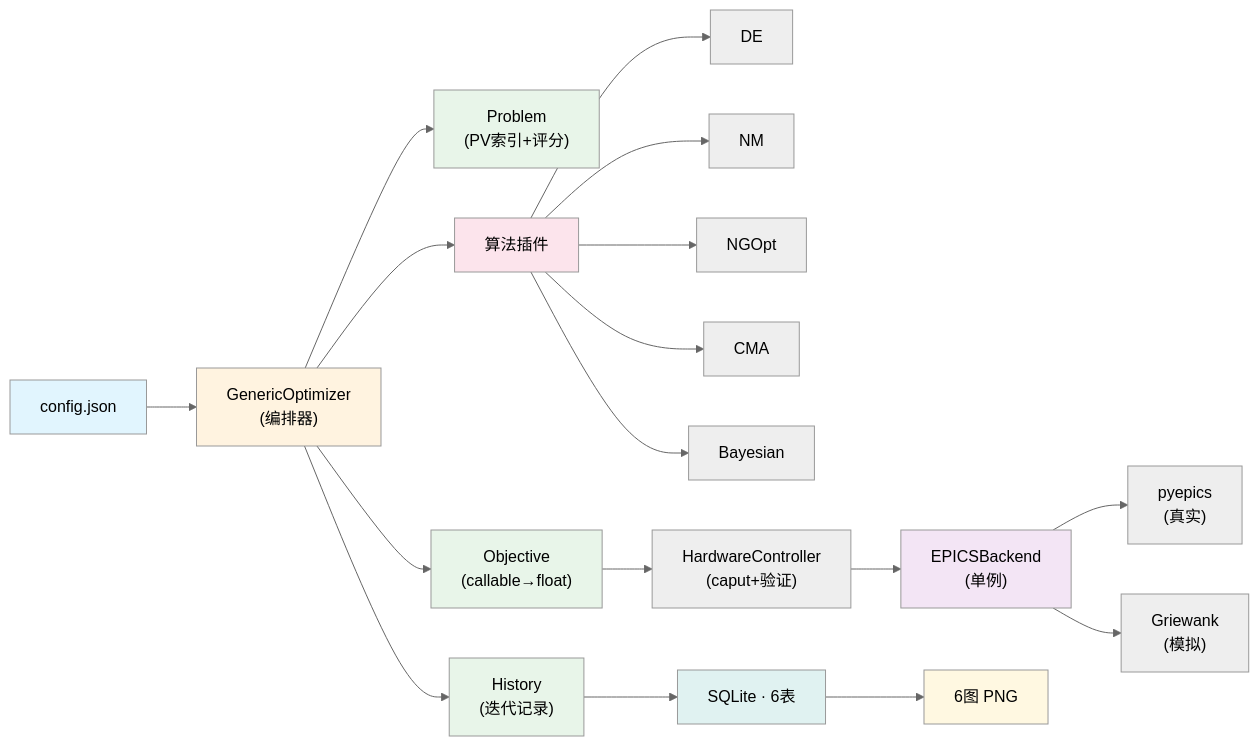
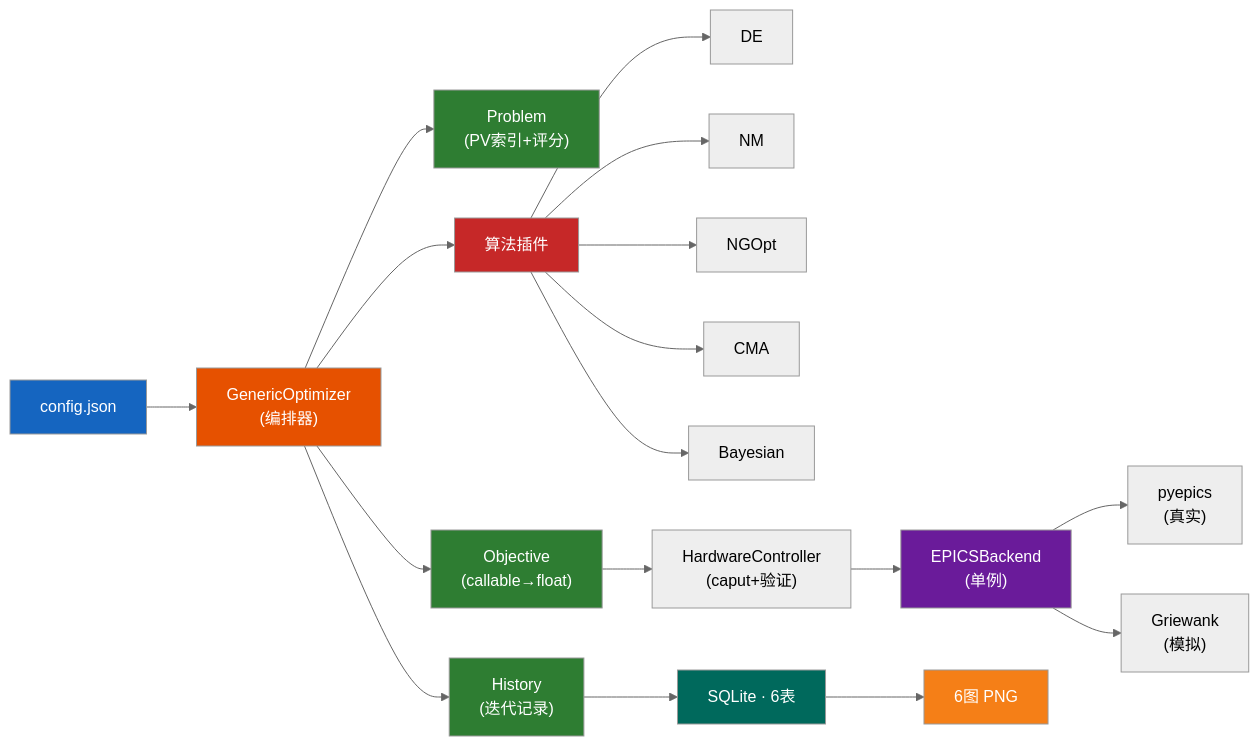
Before and after one commit to nightBrise/General-EPICS-Optimization-Tool: the diagram in README.md, drawn with Mermaid (neutral theme).

Commit message:
docs: Mermaid图表颜色适配暗黑模式

````diff
--- a/README.md
+++ b/README.md
@@ -67,25 +67,25 @@
 ```mermaid
 flowchart LR
     A["config.json"] --> B["GenericOptimizer<br/>(编排器)"]
     B --> C["Problem<br/>(PV索引+评分)"]
     B --> D["History<br/>(迭代记录)"]
     B --> E["Objective<br/>(callable→float)"]
     B --> F["算法插件"]
     F --> F1["DE"] & F2["NM"] & F3["NGOpt"] & F4["CMA"] & F5["Bayesian"]
     E --> G["HardwareController<br/>(caput+验证)"]
     G --> H["EPICSBackend<br/>(单例)"]
     H --> H1["pyepics<br/>(真实)"]
     H --> H2["Griewank<br/>(模拟)"]
     D --> I["SQLite · 6表"]
     I --> J["6图 PNG"]
 
-    style A fill:#e1f5fe
-    style B fill:#fff3e0
-    style C fill:#e8f5e9
-    style D fill:#e8f5e9
-    style E fill:#e8f5e9
-    style F fill:#fce4ec
-    style H fill:#f3e5f5
-    style I fill:#e0f2f1
-    style J fill:#fff8e1
+    style A fill:#1565c0,color:#fff
+    style B fill:#e65100,color:#fff
+    style C fill:#2e7d32,color:#fff
+    style D fill:#2e7d32,color:#fff
+    style E fill:#2e7d32,color:#fff
+    style F fill:#c62828,color:#fff
+    style H fill:#6a1b9a,color:#fff
+    style I fill:#00695c,color:#fff
+    style J fill:#f57f17,color:#fff
 ```
````
